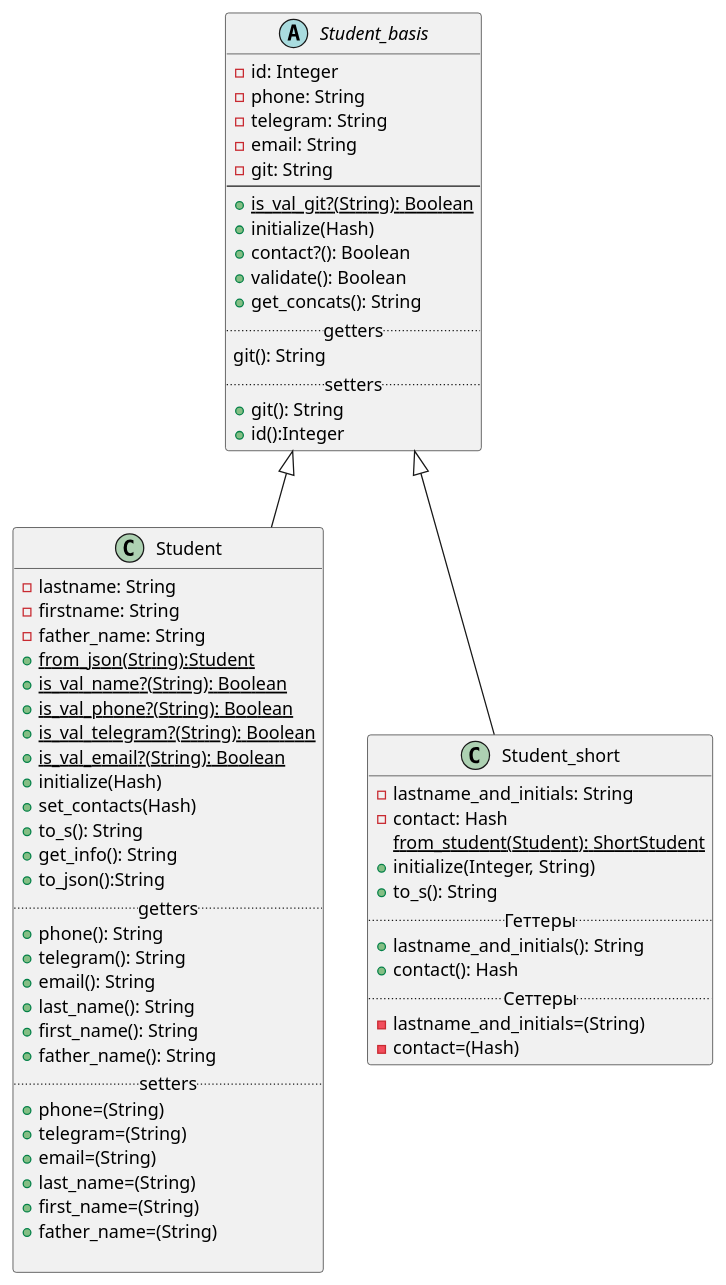
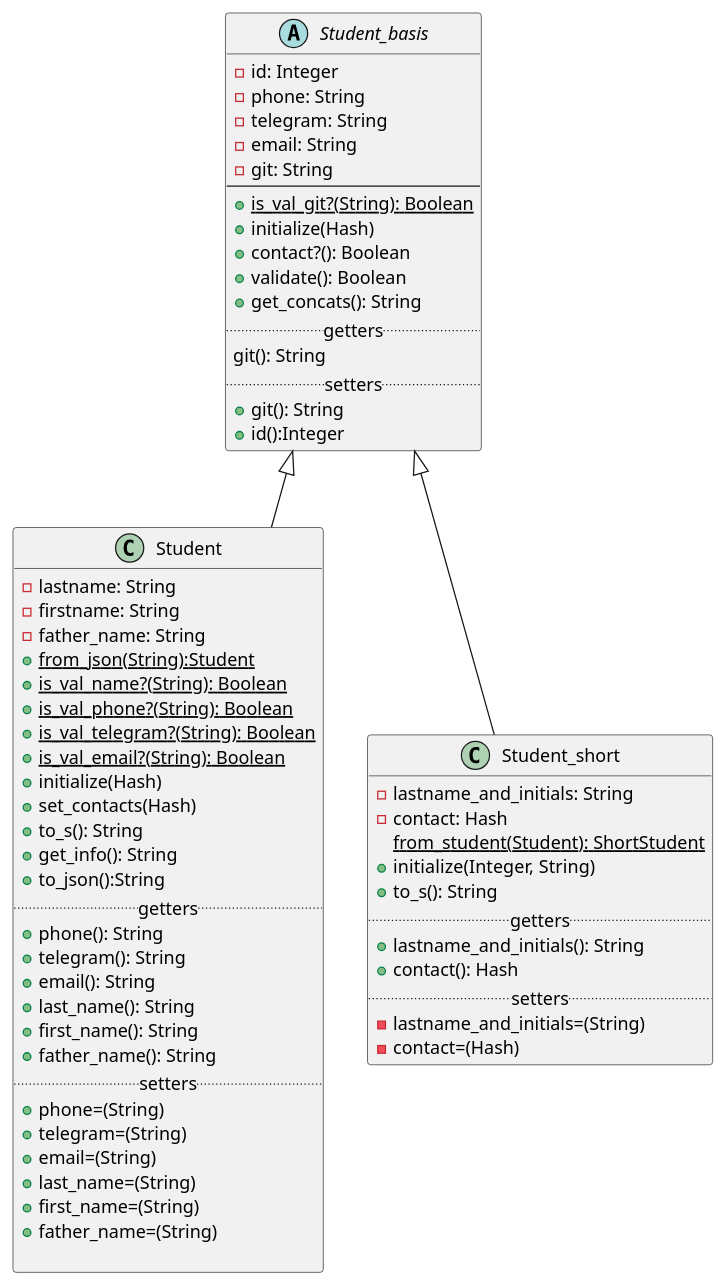
One commit to ColdEiler/pattern changed the diagram in lab2/student_diagrams.puml. Above: the diagram before and after it, drawn with PlantUML. The commit also changed 1 other file, not shown here.

Commit message:
диаграмма обновленная

```diff
--- a/lab2/student_diagrams.puml
+++ b/lab2/student_diagrams.puml
@@ -1,67 +1,67 @@
 @startuml
 'https://plantuml.com/class-diagram'
 
 abstract class Student_basis{
      -id: Integer
      -phone: String
      -telegram: String
      -email: String
      -git: String
 --
      +{static}is_val_git?(String): Boolean
      +initialize(Hash)
      +contact?(): Boolean
      +validate(): Boolean
      +get_concats(): String
      .. getters..
      git(): String
      .. setters ..
      +git(): String
      +id():Integer
 }
 
 class Student extends Student_basis{
      -lastname: String
      -firstname: String
      -father_name: String
      +{static}from_json(String):Student
      +{static}is_val_name?(String): Boolean
      +{static}is_val_phone?(String): Boolean
      +{static}is_val_telegram?(String): Boolean
      +{static}is_val_email?(String): Boolean
      +initialize(Hash)
      +set_contacts(Hash)
      +to_s(): String
      +get_info(): String
      +to_json():String
      .. getters ..
      +phone(): String
      +telegram(): String
      +email(): String
      +last_name(): String
      +first_name(): String
      +father_name(): String
      .. setters ..
      +phone=(String)
      +telegram=(String)
      +email=(String)
      +last_name=(String)
      +first_name=(String)
      +father_name=(String)
 
 }
 
 class Student_short extends Student_basis{
      -lastname_and_initials: String
      -contact: Hash
      {static}from_student(Student): ShortStudent
      +initialize(Integer, String)
      +to_s(): String
-     .. Геттеры ..
+     .. getters ..
      +lastname_and_initials(): String
      +contact(): Hash
-     .. Сеттеры ..
+     .. setters ..
      -lastname_and_initials=(String)
      -contact=(Hash)
 }
 @enduml
```
